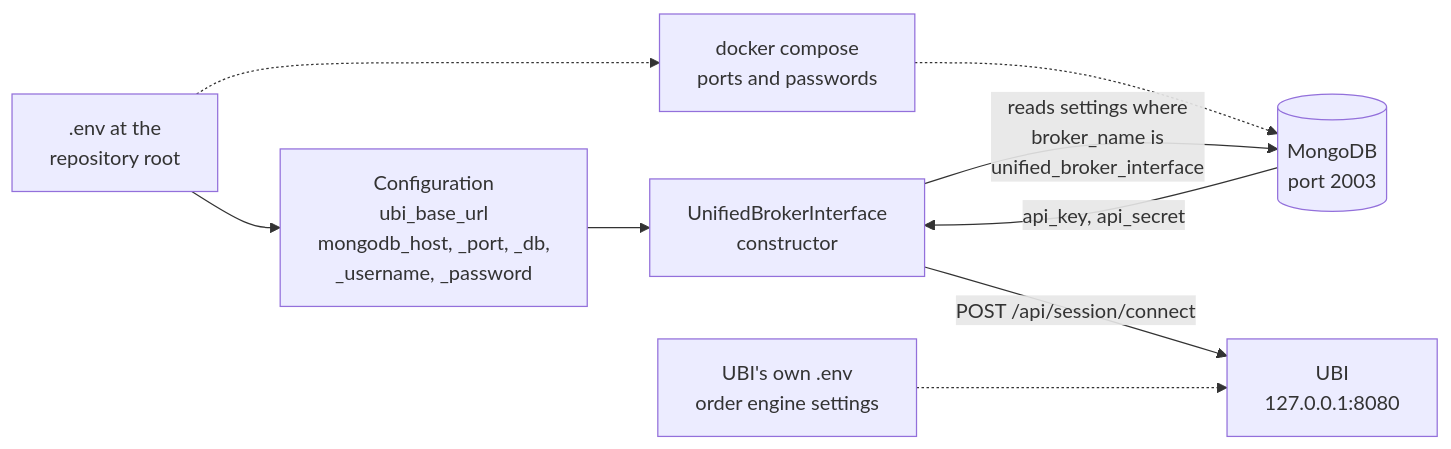
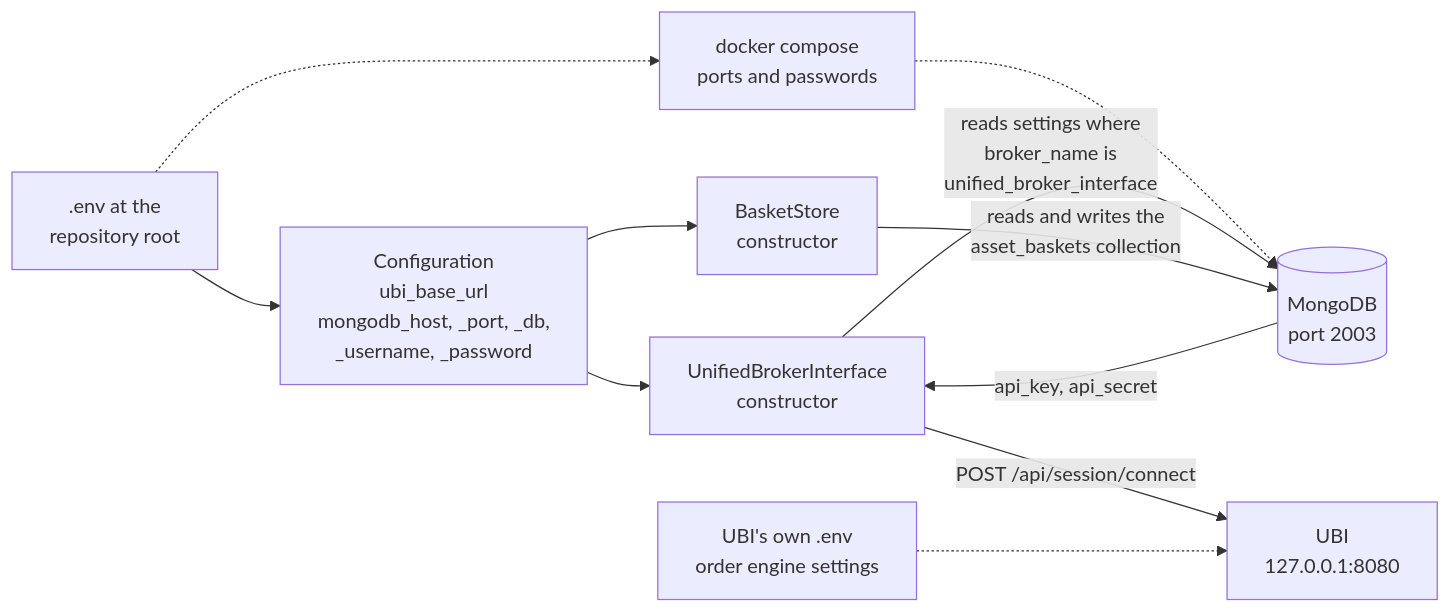
One commit to pramodathani/tradingmachine changed the diagram in docs/get-started/configuration.md. Above: the diagram before and after it, drawn with Mermaid. The commit also changed other lines of this file and 29 other files, not shown here.

````diff
--- a/docs/get-started/configuration.md
+++ b/docs/get-started/configuration.md
@@ -9,12 +9,14 @@
 ```mermaid
 flowchart LR
     ENV[".env at the<br/>repository root"]
     ENV --> CFG["Configuration<br/>ubi_base_url<br/>mongodb_host, _port, _db,<br/>_username, _password"]
     ENV -.-> DC["docker compose<br/>ports and passwords"]
     DC -.-> MG[("MongoDB<br/>port 2003")]
     CFG --> CL["UnifiedBrokerInterface<br/>constructor"]
     CL -- "reads settings where<br/>broker_name is<br/>unified_broker_interface" --> MG
     MG -- "api_key, api_secret" --> CL
     CL -- "POST /api/session/connect" --> UBI["UBI<br/>127.0.0.1:8080"]
+    CFG --> BS["BasketStore<br/>constructor"]
+    BS -- "reads and writes the<br/>asset_baskets collection" --> MG
     UENV["UBI's own .env<br/>order engine settings"] -.-> UBI
 ```
````
